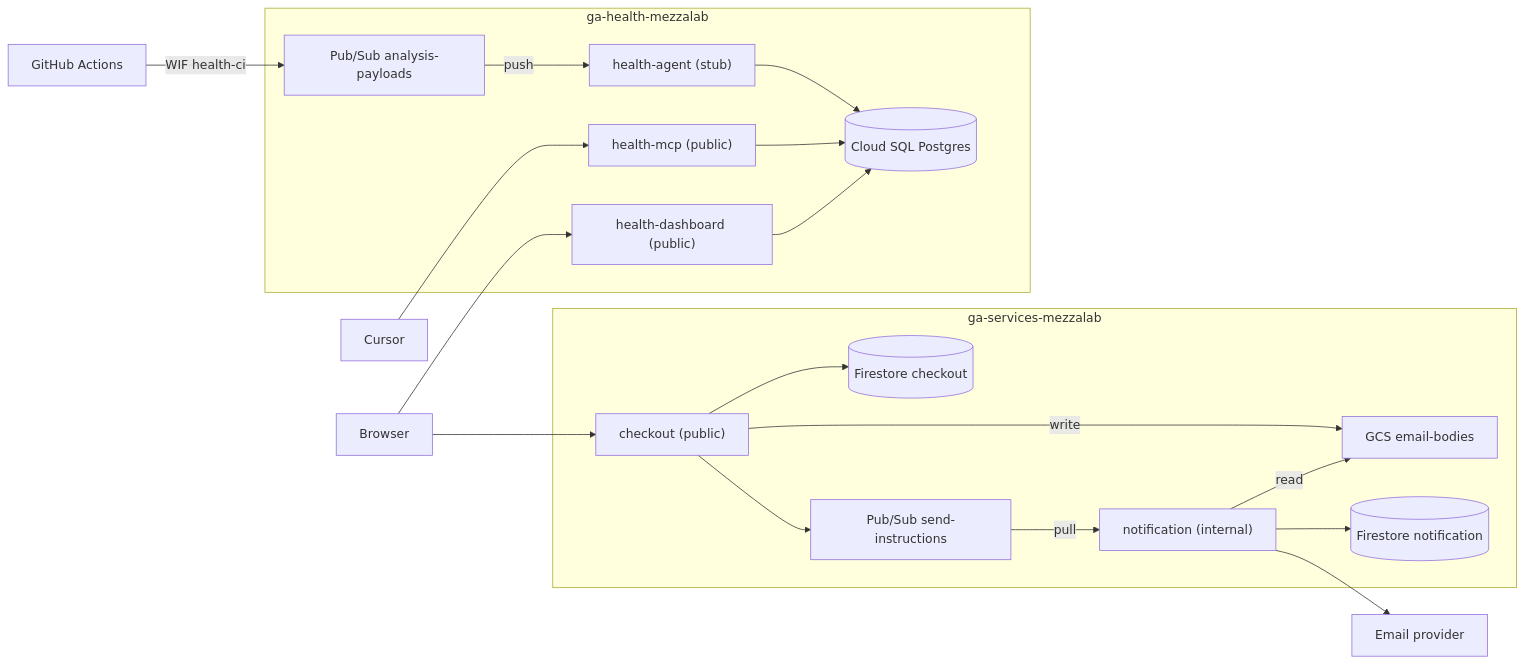
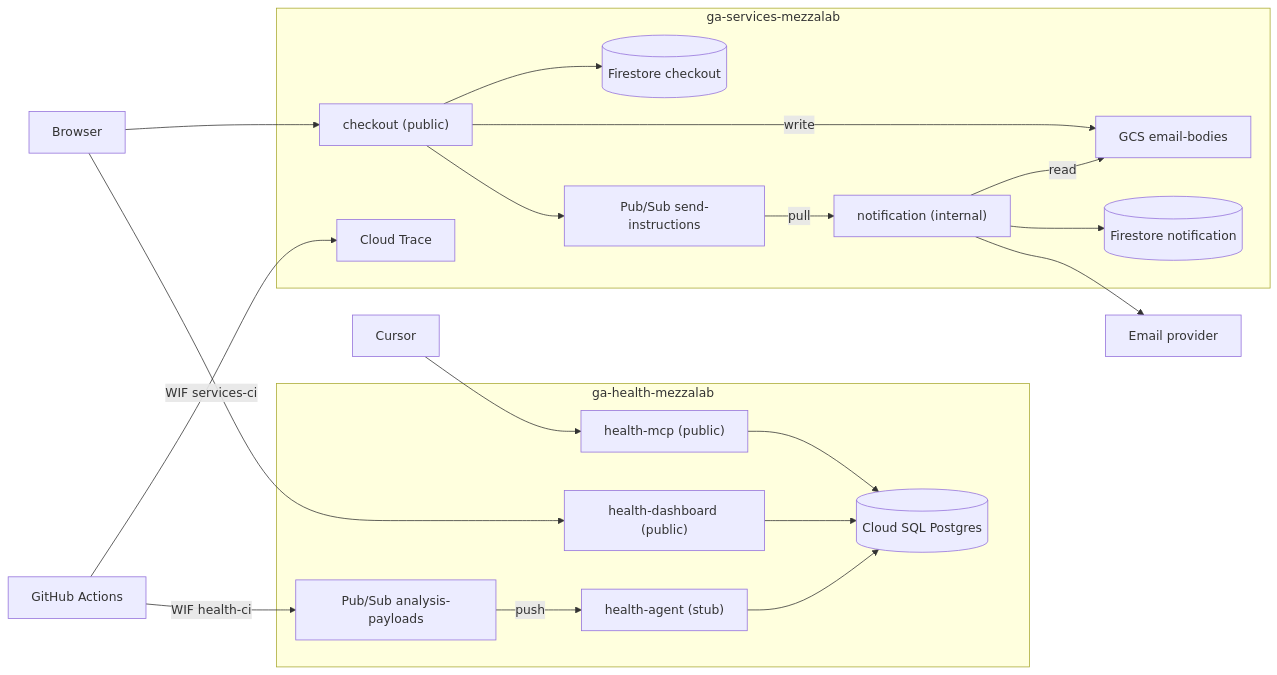
One commit to lucamezzalira/gcp-agents-architecture changed the diagram in README.md. Above: the diagram before and after it, drawn with Mermaid. The commit also changed other lines of this file and 56 other files, not shown here.

First line of the commit message:
Give CI Cloud Trace access and smoke the live services before collect.

````diff
--- a/README.md
+++ b/README.md
@@ -21,41 +21,43 @@
 ```mermaid
 flowchart LR
   cursor[Cursor]
   browser[Browser]
   email[Email provider]
 
   subgraph svc["ga-services-mezzalab"]
     checkout["checkout (public)"]
     send["Pub/Sub send-instructions"]
     gcs["GCS email-bodies"]
     fsC[("Firestore checkout")]
     notif["notification (internal)"]
     fsN[("Firestore notification")]
+    trace[Cloud Trace]
   end
 
   subgraph hlth["ga-health-mezzalab"]
     dash["health-dashboard (public)"]
     mcp["health-mcp (public)"]
     analysis["Pub/Sub analysis-payloads"]
     agent["health-agent (stub)"]
     sql[("Cloud SQL Postgres")]
   end
 
   gha[GitHub Actions]
 
   browser --> checkout
   browser --> dash
   cursor --> mcp
   checkout --> fsC
   checkout -->|write| gcs
   checkout --> send
   send -->|pull| notif
   notif -->|read| gcs
   notif --> fsN
   notif --> email
   dash --> sql
   mcp --> sql
+  gha -->|WIF services-ci| trace
   gha -->|WIF health-ci| analysis
   analysis -->|push| agent
   agent --> sql
 ```
````
